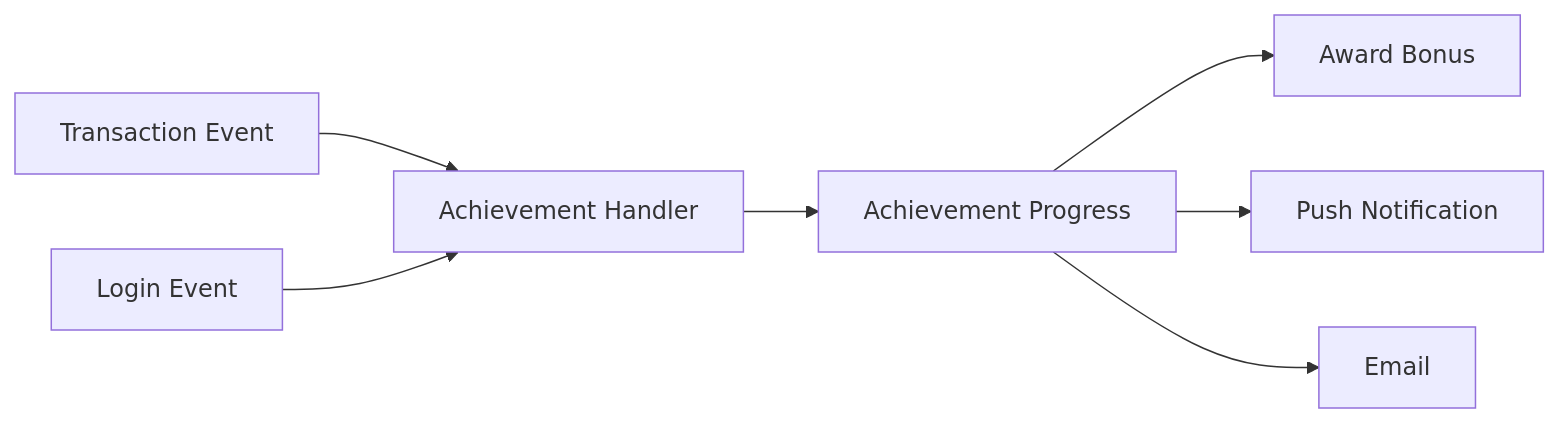
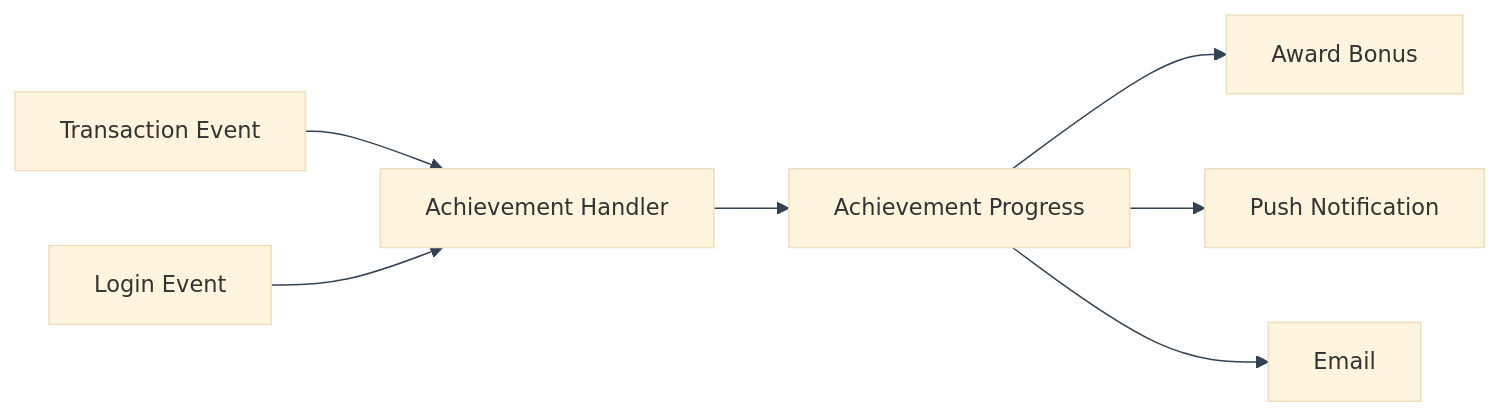
The eighth of 11 diagrams in README.md (infogrambeg/trivue-docs), drawn with Mermaid before and after one commit. The commit also changed other lines of this file, not shown here.

First line of the commit message:
Refactor README with updated diagrams and formatting

````diff
--- a/README.md
+++ b/README.md
@@ -333,20 +407,26 @@
 ```mermaid
+%%{init: {'theme': 'base', 'themeVariables': {
+  'background':'#ffffff',
+  'textColor':'#0f172a',
+  'fontSize':'15px',
+  'lineColor':'#334155'
+}}}%%
 graph LR
     TransEvent[Transaction Event]
     LoginEvent[Login Event]
 
     Handler[Achievement Handler]
     Progress[Achievement Progress]
     BonusPoints[Award Bonus]
 
     Push[Push Notification]
     Email[Email]
 
     TransEvent --> Handler
     LoginEvent --> Handler
 
     Handler --> Progress
     Progress --> BonusPoints
     Progress --> Push
     Progress --> Email
 ```
````
